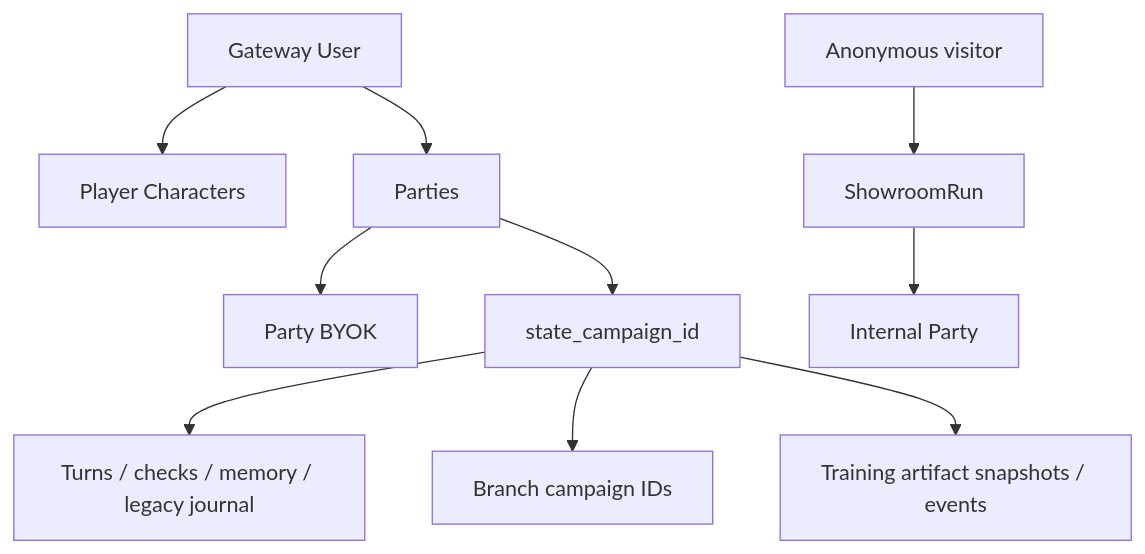
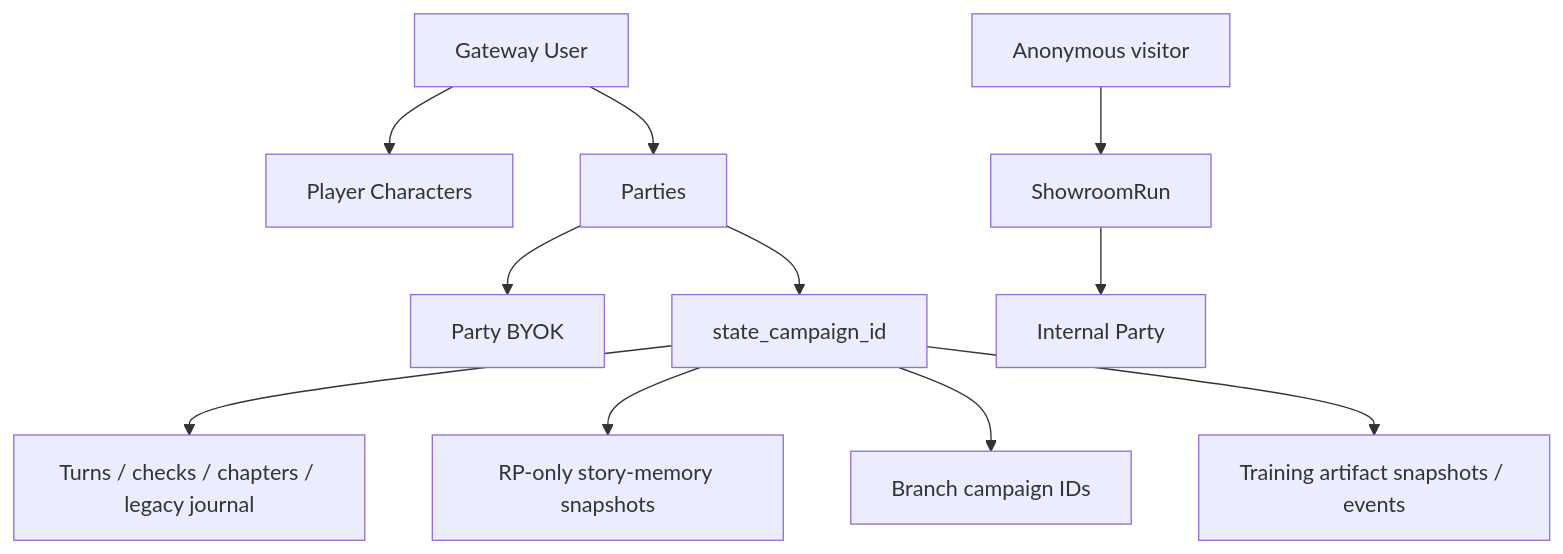
One commit to abykovwww-byte/ubuntu_ansible_palybooks changed the diagram in docs/wiki/08-data-and-security.md. Above: the diagram before and after it, drawn with Mermaid. The commit also changed other lines of this file and 30 other files, not shown here.

Commit message:
feat(rp-stack): add RP-only living story memory

````diff
--- a/docs/wiki/08-data-and-security.md
+++ b/docs/wiki/08-data-and-security.md
@@ -35,13 +35,14 @@
 ```mermaid
 flowchart TB
     U["Gateway User"] --> PC["Player Characters"]
     U --> P["Parties"]
     P --> K["Party BYOK"]
     P --> C["state_campaign_id"]
-    C --> T["Turns / checks / memory / legacy journal"]
+    C --> T["Turns / checks / chapters / legacy journal"]
+    C --> RPS["RP-only story-memory snapshots"]
     C --> B["Branch campaign IDs"]
     C --> TA["Training artifact snapshots / events"]
 
     AV["Anonymous visitor"] --> SR["ShowroomRun"]
     SR --> IP["Internal Party"]
 ```
````
